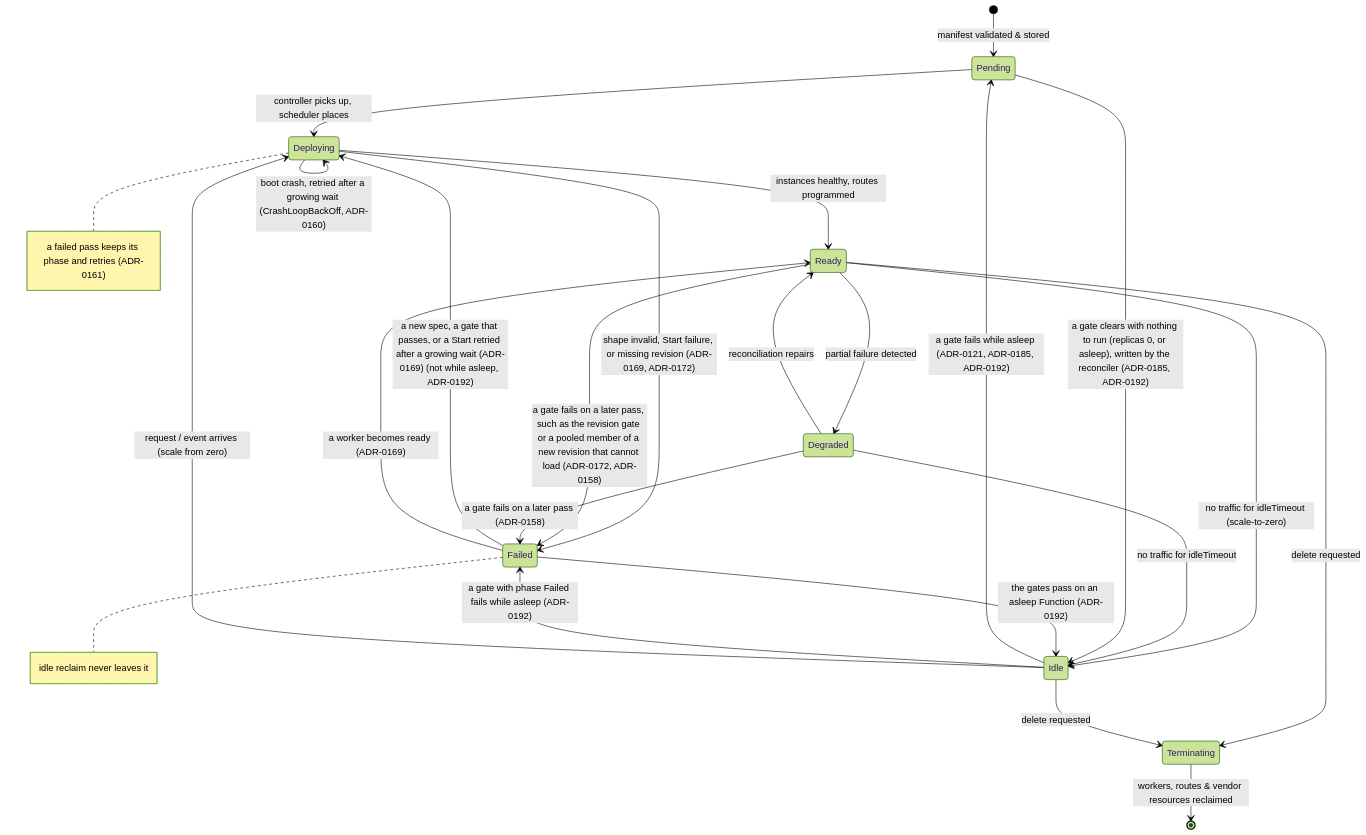
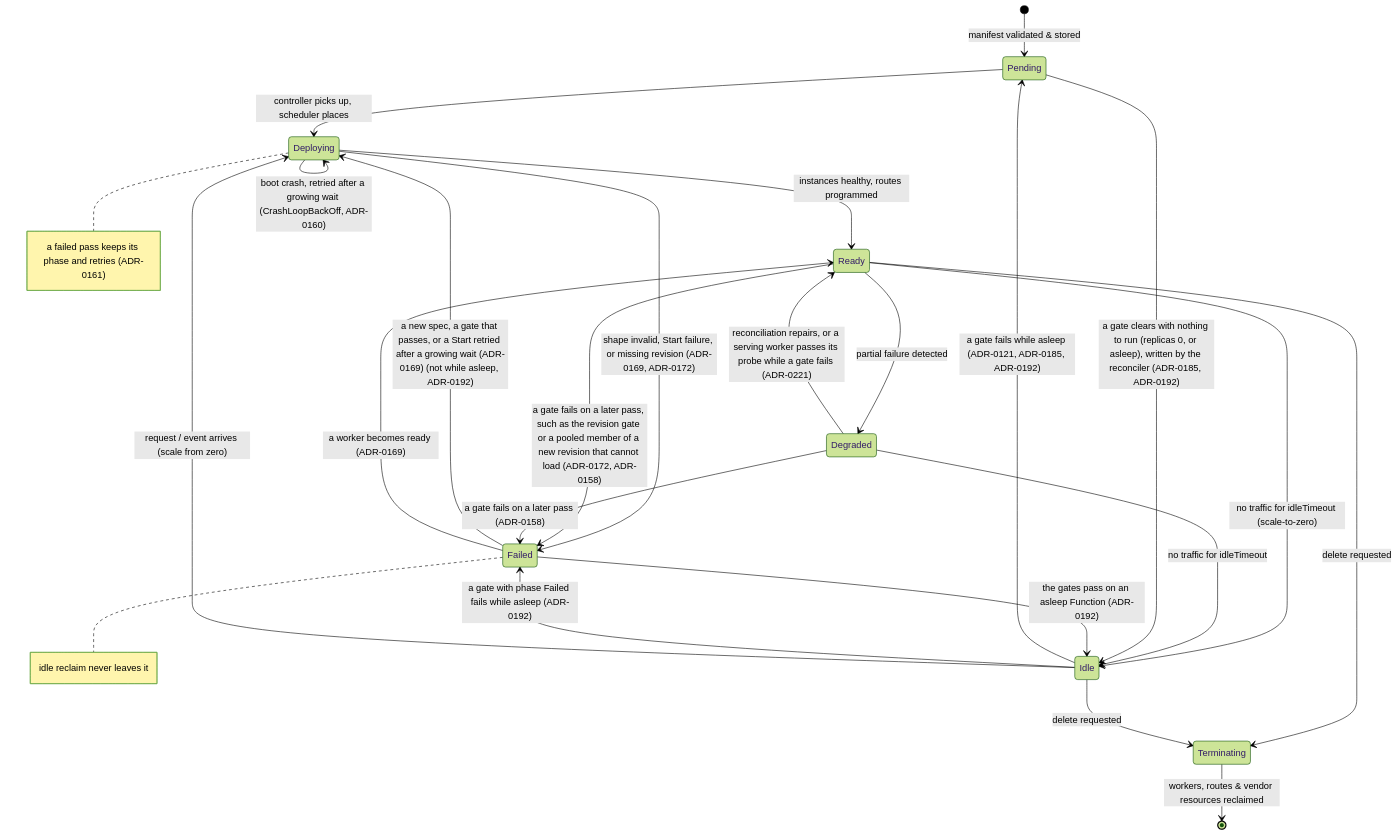
One commit to pyvvo/funcd changed the eighth of 8 diagrams in blueprint.md. Above: the diagram before and after it, drawn with Mermaid (forest theme). The commit also changed 5 other files, not shown here.

First line of the commit message:
docs(adr): accept ADR-0221, a Degraded Function recovers while a gate fails (#849)

````diff
--- a/blueprint.md
+++ b/blueprint.md
@@ -692,26 +692,26 @@
 ```mermaid
 stateDiagram-v2
     [*] --> Pending : manifest validated & stored
     Pending --> Deploying : controller picks up, scheduler places
     Deploying --> Ready : instances healthy, routes programmed
     Deploying --> Deploying : boot crash, retried after a growing wait (CrashLoopBackOff, ADR-0160)
     Deploying --> Failed : shape invalid, Start failure, or missing revision (ADR-0169, ADR-0172)
     note right of Deploying : a failed pass keeps its phase and retries (ADR-0161)
     Ready --> Failed : a gate fails on a later pass, such as the revision gate or a pooled member of a new revision that cannot load (ADR-0172, ADR-0158)
     Degraded --> Failed : a gate fails on a later pass (ADR-0158)
     Failed --> Deploying : a new spec, a gate that passes, or a Start retried after a growing wait (ADR-0169) (not while asleep, ADR-0192)
     Failed --> Ready : a worker becomes ready (ADR-0169)
     note right of Failed : idle reclaim never leaves it
     Ready --> Degraded : partial failure detected
-    Degraded --> Ready : reconciliation repairs
+    Degraded --> Ready : reconciliation repairs, or a serving worker passes its probe while a gate fails (ADR-0221)
     Ready --> Idle : no traffic for idleTimeout (scale-to-zero)
     Degraded --> Idle : no traffic for idleTimeout
     Pending --> Idle : a gate clears with nothing to run (replicas 0, or asleep), written by the reconciler (ADR-0185, ADR-0192)
     Idle --> Pending : a gate fails while asleep (ADR-0121, ADR-0185, ADR-0192)
     Idle --> Failed : a gate with phase Failed fails while asleep (ADR-0192)
     Failed --> Idle : the gates pass on an asleep Function (ADR-0192)
     Idle --> Deploying : request / event arrives (scale from zero)
     Ready --> Terminating : delete requested
     Idle --> Terminating : delete requested
     Terminating --> [*] : workers, routes & vendor resources reclaimed
 ```
````
